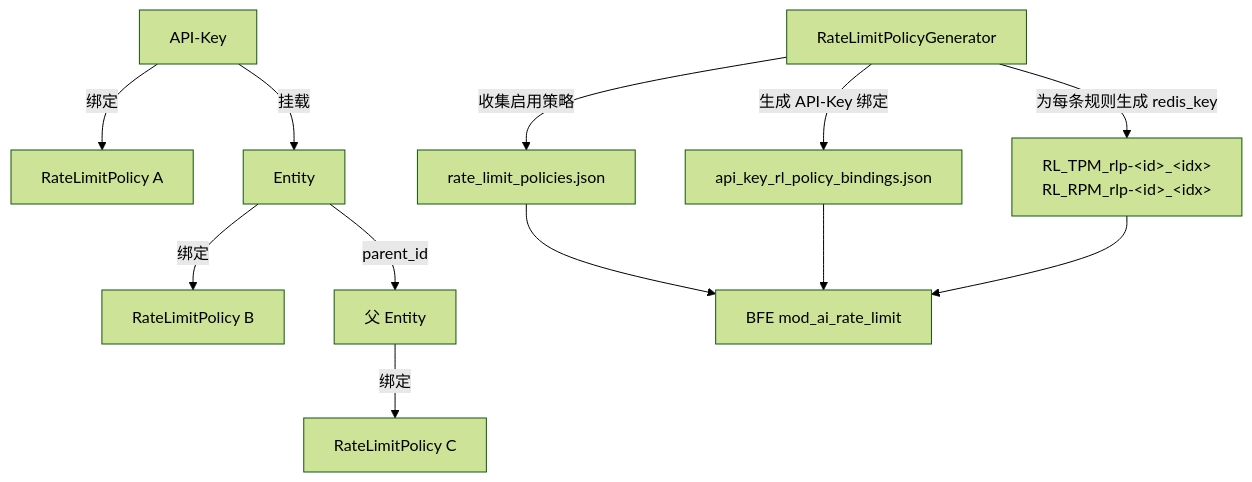
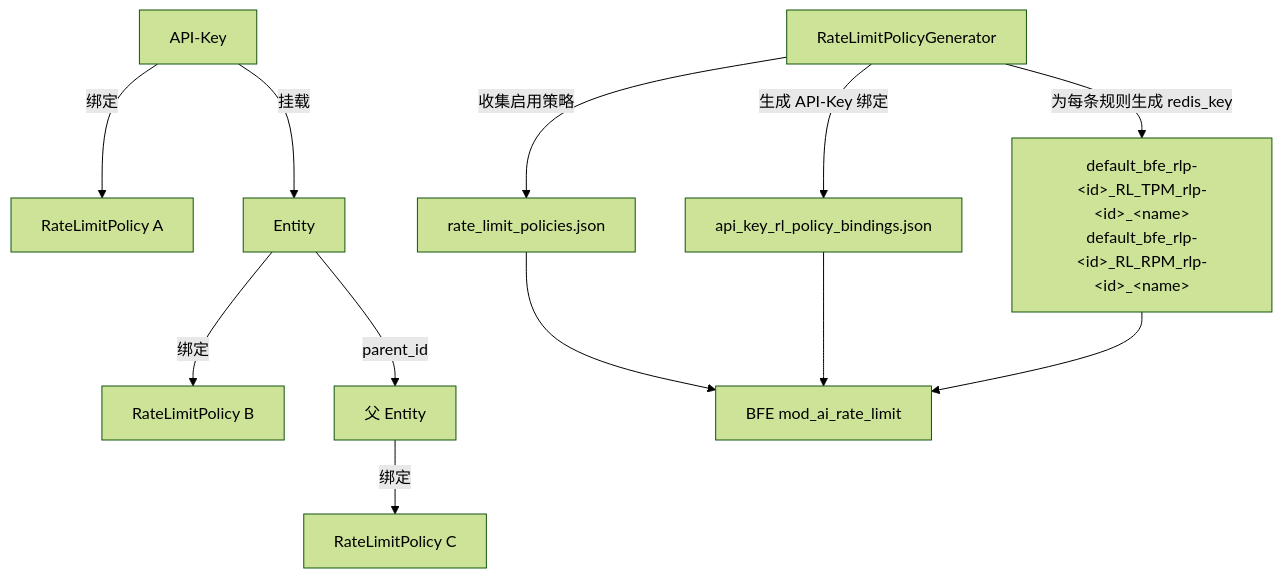
Before and after one commit to mileszhang2016/rainway-book: the third of 4 diagrams in design/chapter12-quota-and-rate-limit.md, drawn with Mermaid (forest theme). The commit also changed other lines of this file and 55 other files, not shown here.

````diff
--- a/design/chapter12-quota-and-rate-limit.md
+++ b/design/chapter12-quota-and-rate-limit.md
@@ -347,16 +351,16 @@
 ```mermaid
 flowchart TD
     A[API-Key] -->|绑定| B[RateLimitPolicy A]
     A -->|挂载| C[Entity]
     C -->|绑定| D[RateLimitPolicy B]
     C -->|parent_id| E[父 Entity]
     E -->|绑定| F[RateLimitPolicy C]
 
     G[RateLimitPolicyGenerator] -->|收集启用策略| H[rate_limit_policies.json]
     G -->|生成 API-Key 绑定| I[api_key_rl_policy_bindings.json]
-    G -->|为每条规则生成 redis_key| J["RL_TPM_rlp-&lt;id&gt;_&lt;idx&gt;<br/>RL_RPM_rlp-&lt;id&gt;_&lt;idx&gt;"]
+    G -->|为每条规则生成 redis_key| J["default_bfe_rlp-&lt;id&gt;_RL_TPM_rlp-&lt;id&gt;_&lt;name&gt;<br/>default_bfe_rlp-&lt;id&gt;_RL_RPM_rlp-&lt;id&gt;_&lt;name&gt;"]
 
     H --> K[BFE mod_ai_rate_limit]
     I --> K
     J --> K
 ```
````
